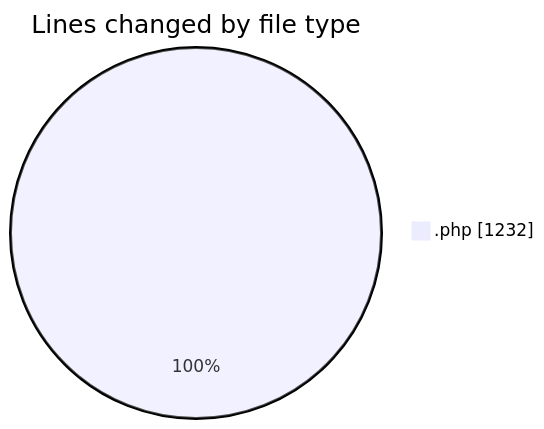
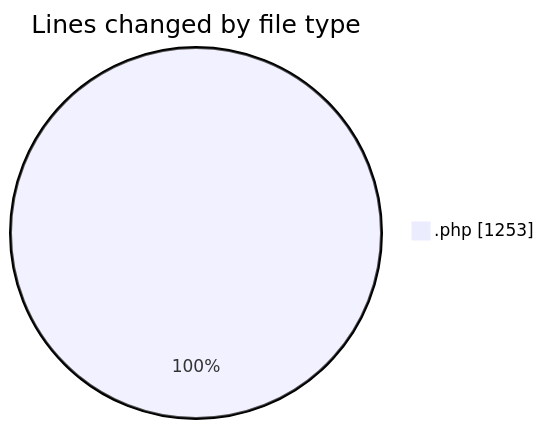
The first of 2 diagrams in 2025-10-15/untitled__workspace_/README.md (debugP/code-tracking), drawn with Mermaid before and after one commit. The commit also changed other lines of this file and 1 other file, not shown here.

````diff
--- a/2025-10-15/untitled__workspace_/README.md
+++ b/2025-10-15/untitled__workspace_/README.md
@@ -20,5 +20,5 @@
 ```mermaid
 pie showData
 title Lines changed by file type
-".php" : 1232
+".php" : 1253
 ```
````
